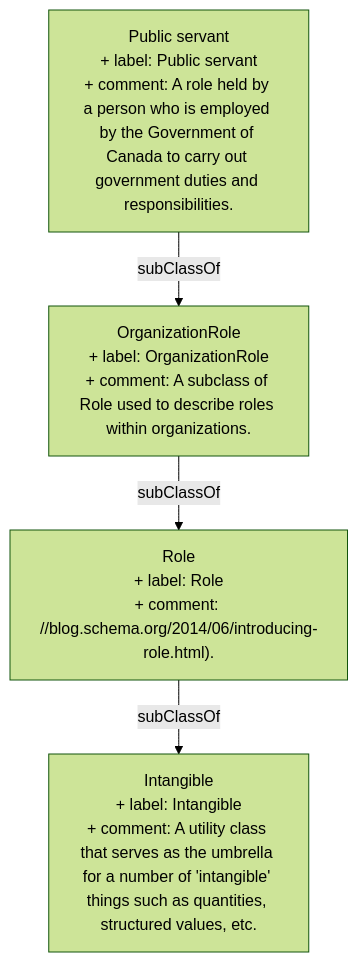
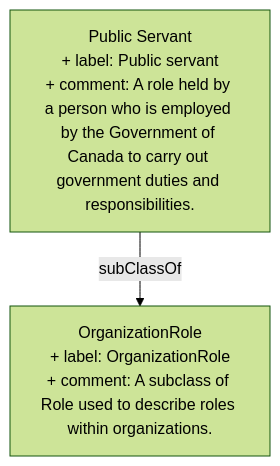
The diagram in content/policy on service and digital/public_servant.md (heidingaway/heidi2), drawn with Mermaid (forest theme) before and after one commit. The commit also changed other lines of this file and 512 other files, not shown here.

````diff
--- a/content/policy on service and digital/public_servant.md
+++ b/content/policy on service and digital/public_servant.md
@@ -21,10 +23,6 @@
 ```mermaid
 graph TD
-  Public_servant["Public servant<br>+ label: Public servant<br>+ comment: A role held by a person who is employed by the Government of Canada to carry out government duties and responsibilities."]:::current-page-node
+  Public_Servant["Public Servant<br>+ label: Public servant<br>+ comment: A role held by a person who is employed by the Government of Canada to carry out government duties and responsibilities."]:::current-page-node
   OrganizationRole["OrganizationRole<br>+ label: OrganizationRole<br>+ comment: A subclass of Role used to describe roles within organizations."]
-  Role["Role<br>+ label: Role<br>+ comment: //blog.schema.org/2014/06/introducing-role.html)."]
-  Intangible["Intangible<br>+ label: Intangible<br>+ comment: A utility class that serves as the umbrella for a number of 'intangible' things such as quantities, structured values, etc."]
-  OrganizationRole-->|" subClassOf "|Role
-  Public_servant-->|" subClassOf "|OrganizationRole
-  Role-->|" subClassOf "|Intangible
+  Public_Servant-->|" subClassOf "|OrganizationRole
 ```
````
